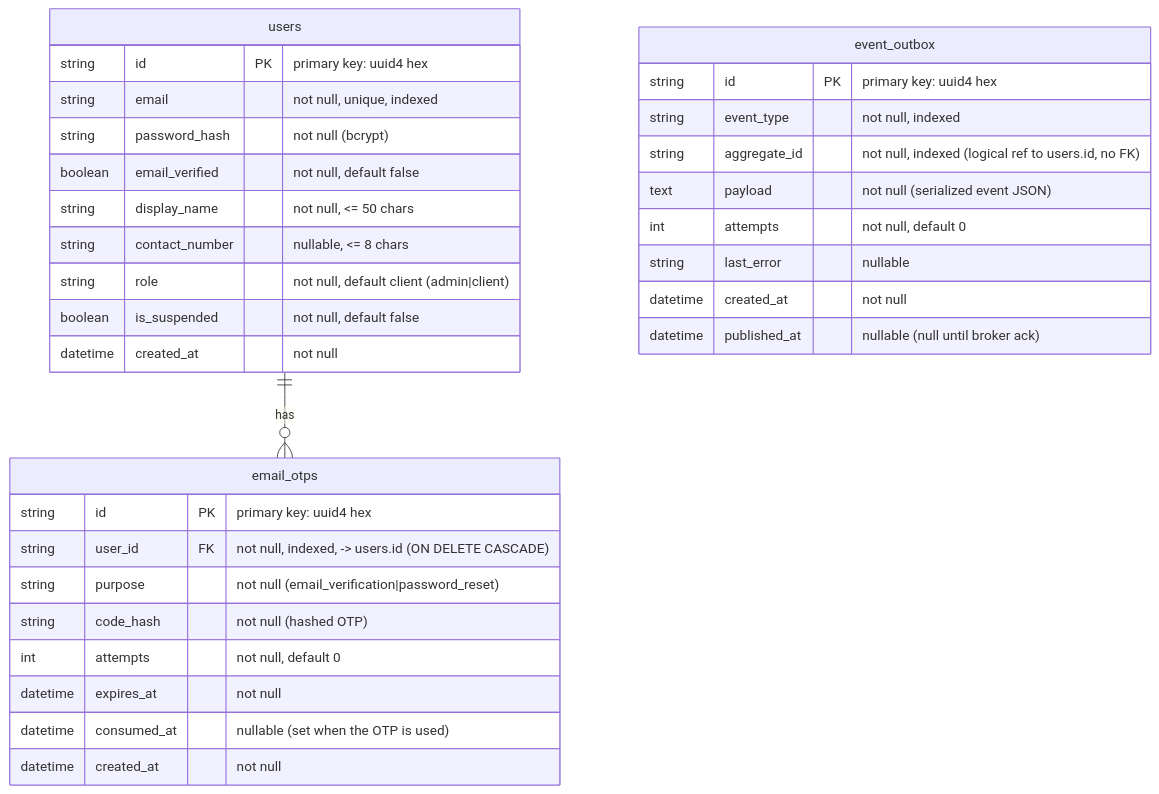
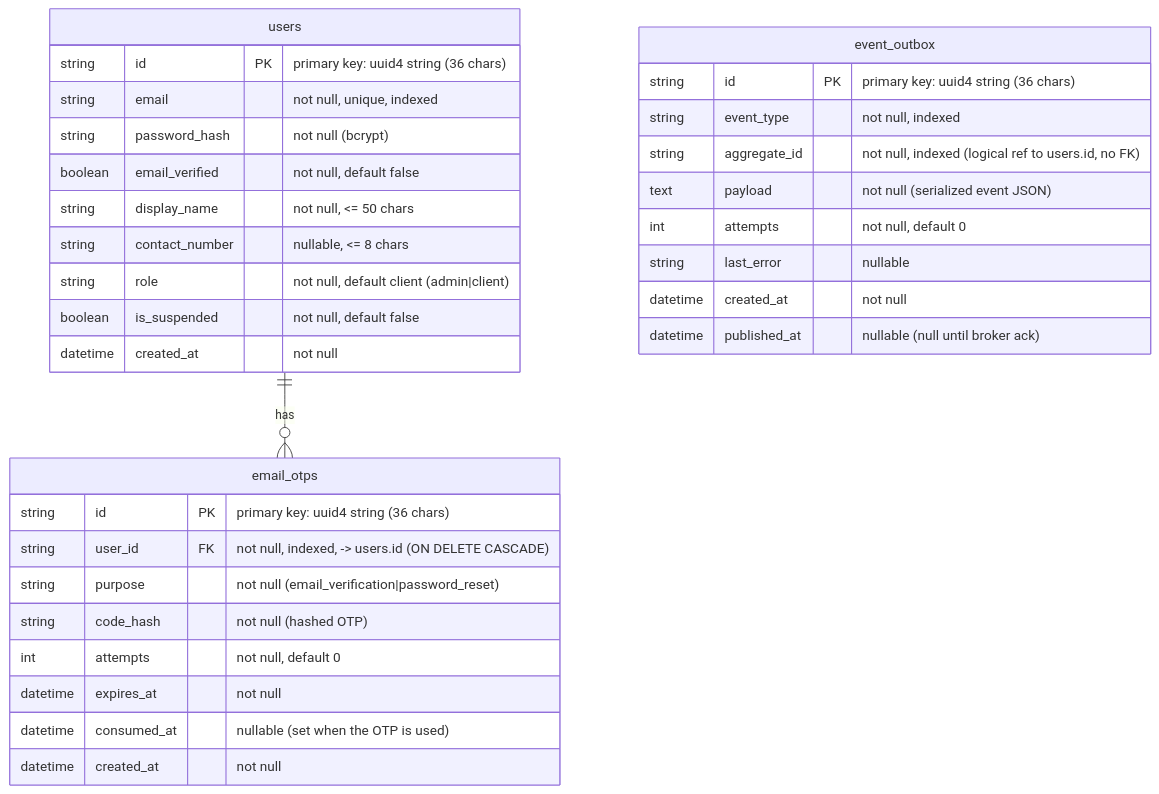
One commit to CS3219-AY2627S1/FoC-Template changed the diagram in user-service/docs/data-model.md. Above: the diagram before and after it, drawn with Mermaid. The commit also changed 26 other files, not shown here.

First line of the commit message:
docs: preserve in-progress doc edits and cluster diagram fix

````diff
--- a/user-service/docs/data-model.md
+++ b/user-service/docs/data-model.md
@@ -15,35 +15,35 @@
 ```mermaid
 erDiagram
     users ||--o{ email_otps : "has"
     users {
-        string   id              PK "primary key: uuid4 hex"
+        string   id              PK "primary key: uuid4 string (36 chars)"
         string   email              "not null, unique, indexed"
         string   password_hash      "not null (bcrypt)"
         boolean  email_verified     "not null, default false"
         string   display_name       "not null, <= 50 chars"
         string   contact_number     "nullable, <= 8 chars"
         string   role               "not null, default client (admin|client)"
         boolean  is_suspended       "not null, default false"
         datetime created_at         "not null"
     }
     email_otps {
-        string   id              PK "primary key: uuid4 hex"
+        string   id              PK "primary key: uuid4 string (36 chars)"
         string   user_id         FK "not null, indexed, -> users.id (ON DELETE CASCADE)"
         string   purpose            "not null (email_verification|password_reset)"
         string   code_hash          "not null (hashed OTP)"
         int      attempts           "not null, default 0"
         datetime expires_at         "not null"
         datetime consumed_at        "nullable (set when the OTP is used)"
         datetime created_at         "not null"
     }
     event_outbox {
-        string   id              PK "primary key: uuid4 hex"
+        string   id              PK "primary key: uuid4 string (36 chars)"
         string   event_type         "not null, indexed"
         string   aggregate_id       "not null, indexed (logical ref to users.id, no FK)"
         text     payload            "not null (serialized event JSON)"
         int      attempts           "not null, default 0"
         string   last_error         "nullable"
         datetime created_at         "not null"
         datetime published_at       "nullable (null until broker ack)"
     }
 ```
````
